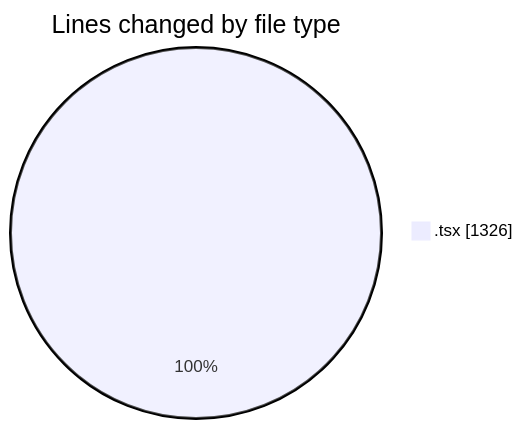
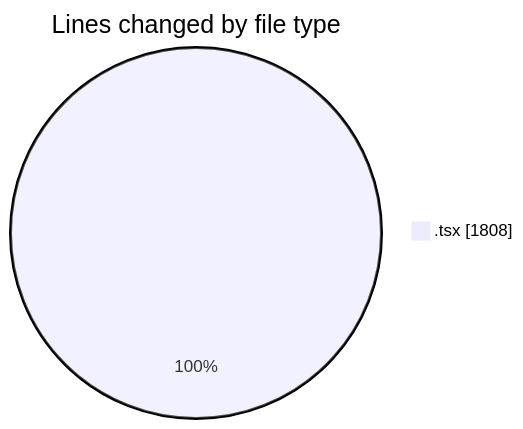
Before and after one commit to JenPaints/code-tracking: the first of 2 diagrams in 2025-05-28/kimberly-groups/README.md, drawn with Mermaid. The commit also changed other lines of this file and 1 other file, not shown here.

````diff
--- a/2025-05-28/kimberly-groups/README.md
+++ b/2025-05-28/kimberly-groups/README.md
@@ -27,5 +27,5 @@
 ```mermaid
 pie showData
 title Lines changed by file type
-".tsx" : 1326
+".tsx" : 1808
 ```
````
